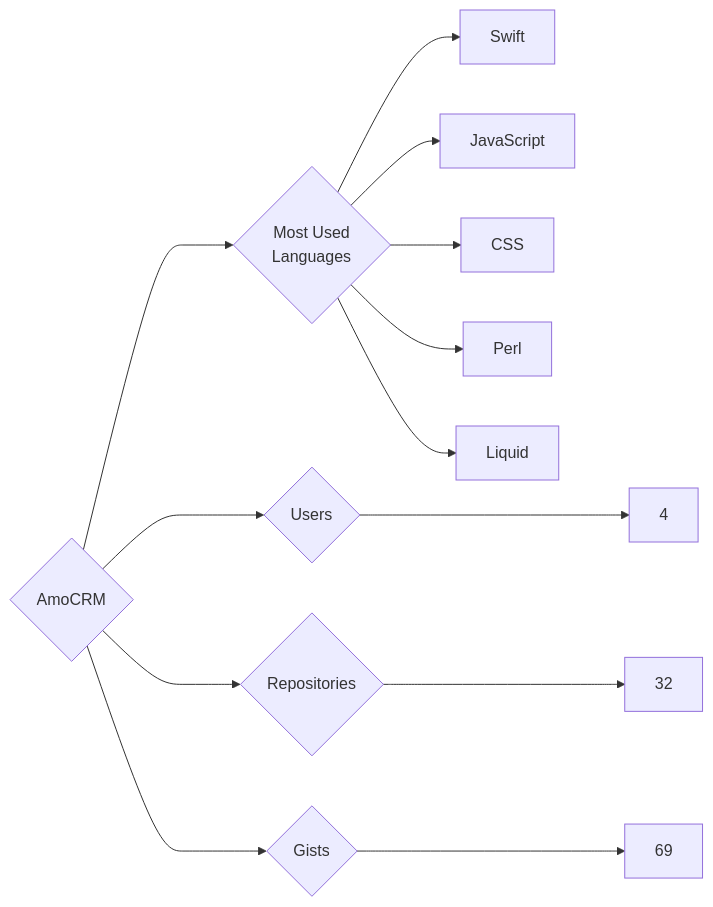
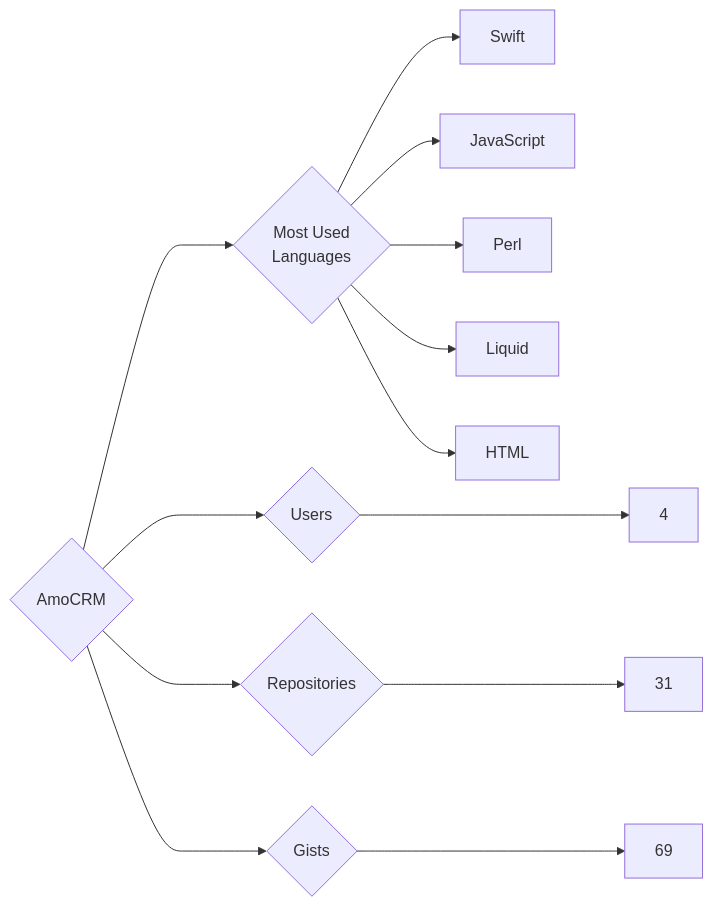
The diagram in targets/AmoCRM/README.md (trickest/insiders), drawn with Mermaid before and after one commit. The commit also changed 640 other files, not shown here.

````diff
--- a/targets/AmoCRM/README.md
+++ b/targets/AmoCRM/README.md
@@ -3,13 +3,13 @@
 ```mermaid
 graph LR
 COMPANY_NAME{AmoCRM}
 COMPANY_NAME ---> U{Users} ---> UN[4]
-COMPANY_NAME ---> R{Repositories} ---> RN[32]
+COMPANY_NAME ---> R{Repositories} ---> RN[31]
 COMPANY_NAME ---> G{Gists} ---> GN[69]
 COMPANY_NAME ---> ML{Most Used<br>Languages}
 ML --> Swift[Swift]
 ML --> JavaScript[JavaScript]
-ML --> CSS[CSS]
 ML --> Perl[Perl]
 ML --> Liquid[Liquid]
+ML --> HTML[HTML]
 ```
````
